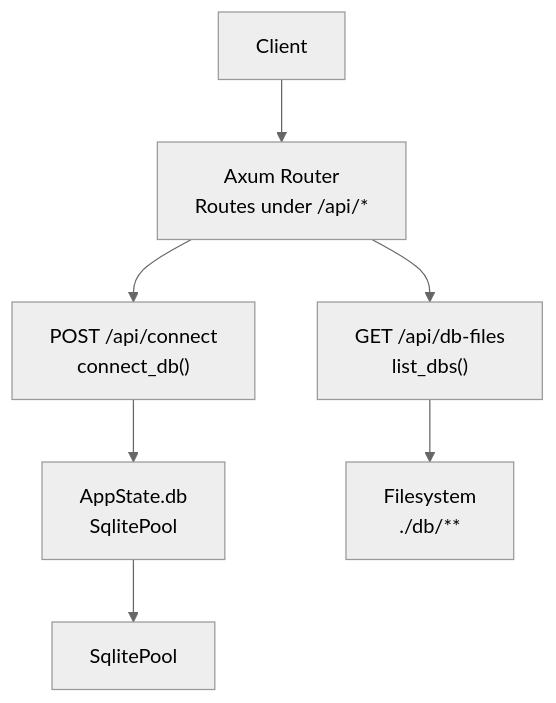
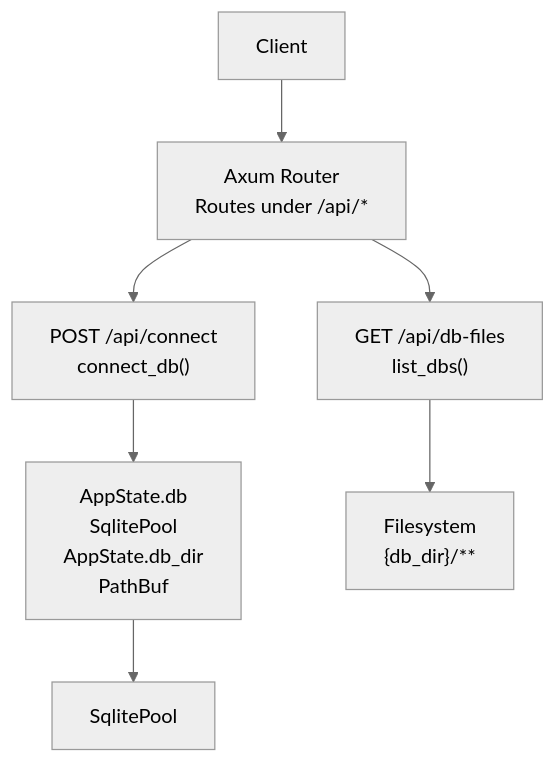
One commit to sutanto1010/crablite changed the first of 4 diagrams in .qoder/repowiki/en/content/API Reference/Connection Management.md. Above: the diagram before and after it, drawn with Mermaid (neutral theme). The commit also changed other lines of this file and 47 other files, not shown here.

````diff
--- a/.qoder/repowiki/en/content/API Reference/Connection Management.md
+++ b/.qoder/repowiki/en/content/API Reference/Connection Management.md
@@ -34,9 +49,9 @@
 ```mermaid
 graph TB
 Client["Client"] --> Router["Axum Router<br/>Routes under /api/*"]
 Router --> Connect["POST /api/connect<br/>connect_db()"]
 Router --> DbFiles["GET /api/db-files<br/>list_dbs()"]
-Connect --> State["AppState.db<br/>SqlitePool"]
-DbFiles --> FS["Filesystem<br/>./db/**"]
+Connect --> State["AppState.db<br/>SqlitePool<br/>AppState.db_dir<br/>PathBuf"]
+DbFiles --> FS["Filesystem<br/>{db_dir}/**"]
 State --> Pool["SqlitePool"]
 ```
````
